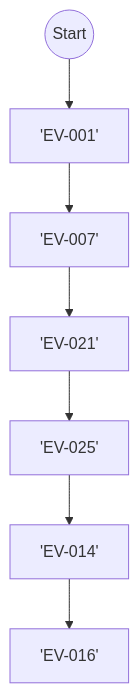
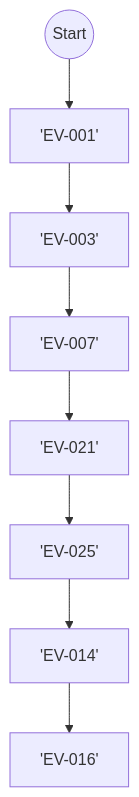
One commit to hPPPf7/GameProject changed the diagram in docs/timeline.md. Above: the diagram before and after it, drawn with Mermaid. The commit also changed 6 other files, not shown here.

````diff
--- a/docs/timeline.md
+++ b/docs/timeline.md
@@ -3,9 +3,10 @@
 ```mermaid
 graph TD
     start((Start)) --> E1['EV-001']
-    E1['EV-001'] --> E2['EV-007']
-    E2['EV-007'] --> E3['EV-021']
-    E3['EV-021'] --> E4['EV-025']
-    E4['EV-025'] --> E5['EV-014']
-    E5['EV-014'] --> E6['EV-016']
+    E1['EV-001'] --> E2['EV-003']
+    E2['EV-003'] --> E3['EV-007']
+    E3['EV-007'] --> E4['EV-021']
+    E4['EV-021'] --> E5['EV-025']
+    E5['EV-025'] --> E6['EV-014']
+    E6['EV-014'] --> E7['EV-016']
 ```
````
